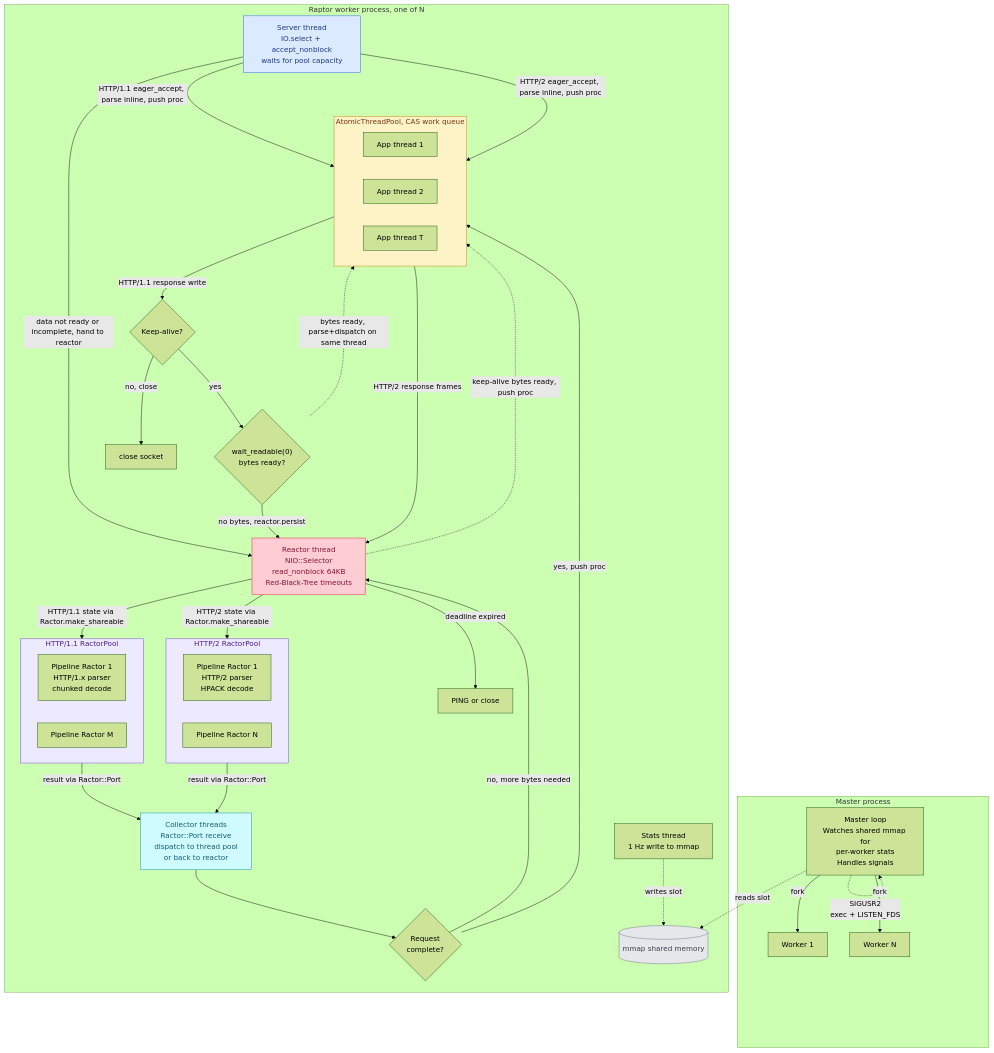
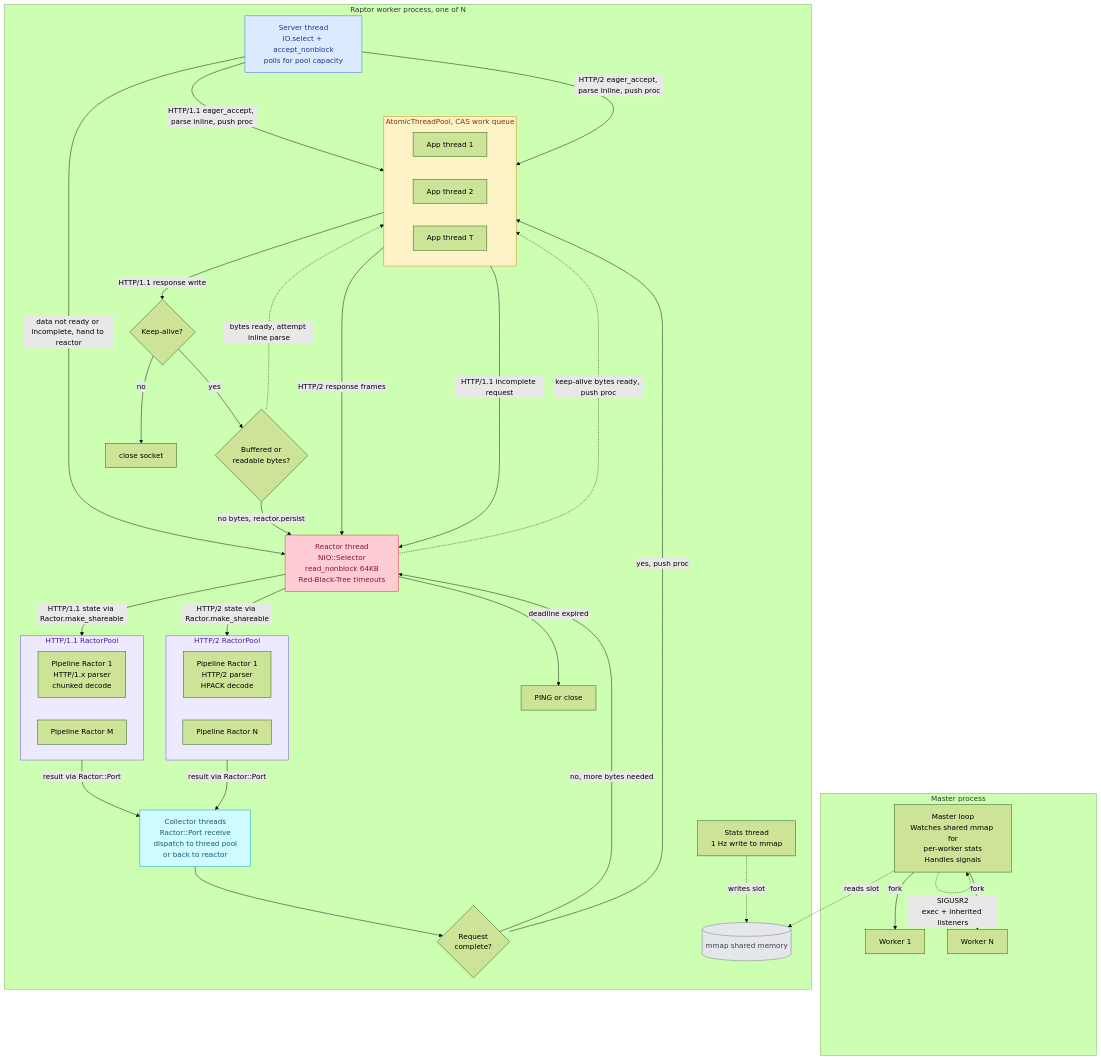
Before and after one commit to joshuay03/raptor: the second of 2 diagrams in docs/raptor-vs-puma.md, drawn with Mermaid (forest theme). The commit also changed other lines of this file and 8 other files, not shown here.

````diff
--- a/docs/raptor-vs-puma.md
+++ b/docs/raptor-vs-puma.md
@@ -360,76 +120,77 @@
 ```mermaid
 flowchart TB
     subgraph Master["Master process"]
         MM["Master loop<br/>Watches shared mmap for<br/>per-worker stats<br/>Handles signals"]
         MM -->|"fork"| WK1["Worker 1"]
         MM -->|"fork"| WKN["Worker N"]
-        MM -.->|"SIGUSR2<br/>exec + LISTEN_FDS"| MM
+        MM -.->|"SIGUSR2<br/>exec + inherited listeners"| MM
     end
 
     subgraph Worker["Raptor worker process, one of N"]
-        SRV["Server thread<br/>IO.select + accept_nonblock<br/>waits for pool capacity"]
+        SRV["Server thread<br/>IO.select + accept_nonblock<br/>polls for pool capacity"]
 
         RCT["Reactor thread<br/>NIO::Selector<br/>read_nonblock 64KB<br/>Red-Black-Tree timeouts"]
 
         subgraph RP1["HTTP/1.1 RactorPool"]
             RW1["Pipeline Ractor 1<br/>HTTP/1.x parser<br/>chunked decode"]
             RWM["Pipeline Ractor M"]
         end
 
         subgraph RP2["HTTP/2 RactorPool"]
             RW2["Pipeline Ractor 1<br/>HTTP/2 parser<br/>HPACK decode"]
             RWN["Pipeline Ractor N"]
         end
 
         COL["Collector threads<br/>Ractor::Port receive<br/>dispatch to thread pool<br/>or back to reactor"]
 
         subgraph ATP["AtomicThreadPool, CAS work queue"]
             TR1["App thread 1"]
             TR2["App thread 2"]
             TR3["App thread T"]
         end
 
         STA["Stats thread<br/>1 Hz write to mmap"]
 
         CHK{"Request<br/>complete?"}
         KA{"Keep-alive?"}
-        EAG{"wait_readable(0)<br/>bytes ready?"}
+        EAG{"Buffered or<br/>readable bytes?"}
 
         SRV -->|"HTTP/1.1 eager_accept, parse inline, push proc"| ATP
         SRV -->|"HTTP/2 eager_accept, parse inline, push proc"| ATP
         SRV -->|"data not ready or incomplete, hand to reactor"| RCT
         RCT -->|"HTTP/1.1 state via Ractor.make_shareable"| RP1
         RCT -->|"HTTP/2 state via Ractor.make_shareable"| RP2
         RP1 -->|"result via Ractor::Port"| COL
         RP2 -->|"result via Ractor::Port"| COL
         COL --> CHK
         CHK -->|"no, more bytes needed"| RCT
         CHK -->|"yes, push proc"| ATP
         ATP -->|"HTTP/2 response frames"| RCT
         ATP -->|"HTTP/1.1 response write"| KA
-        KA -->|"no, close"| CLS["close socket"]
+        KA -->|"no"| CLS["close socket"]
         KA -->|"yes"| EAG
-        EAG -.->|"bytes ready, parse+dispatch on same thread"| ATP
+        EAG -.->|"bytes ready, attempt inline parse"| ATP
+        ATP -->|"HTTP/1.1 incomplete request"| RCT
         EAG -->|"no bytes, reactor.persist"| RCT
         RCT -.->|"keep-alive bytes ready, push proc"| ATP
         RCT -->|"deadline expired"| TO["PING or close"]
 
         STA -.->|"writes slot"| SHM[("mmap shared memory")]
     end
 
     MM -.->|"reads slot"| SHM
 
     classDef accept fill:#dbeafe,stroke:#2563eb,color:#1e3a8a
     classDef reactor fill:#fecdd3,stroke:#e11d48,color:#881337
     classDef parse fill:#ede9fe,stroke:#7c3aed,color:#4c1d95
     classDef pool fill:#fef3c7,stroke:#d97706,color:#78350f
     classDef collector fill:#cffafe,stroke:#0891b2,color:#155e75
     classDef storage fill:#e5e7eb,stroke:#6b7280,color:#374151
     class SRV accept
     class RCT reactor
     class RP1 parse
     class RP2 parse
     class ATP pool
     class COL collector
     class SHM storage
 ```
````
